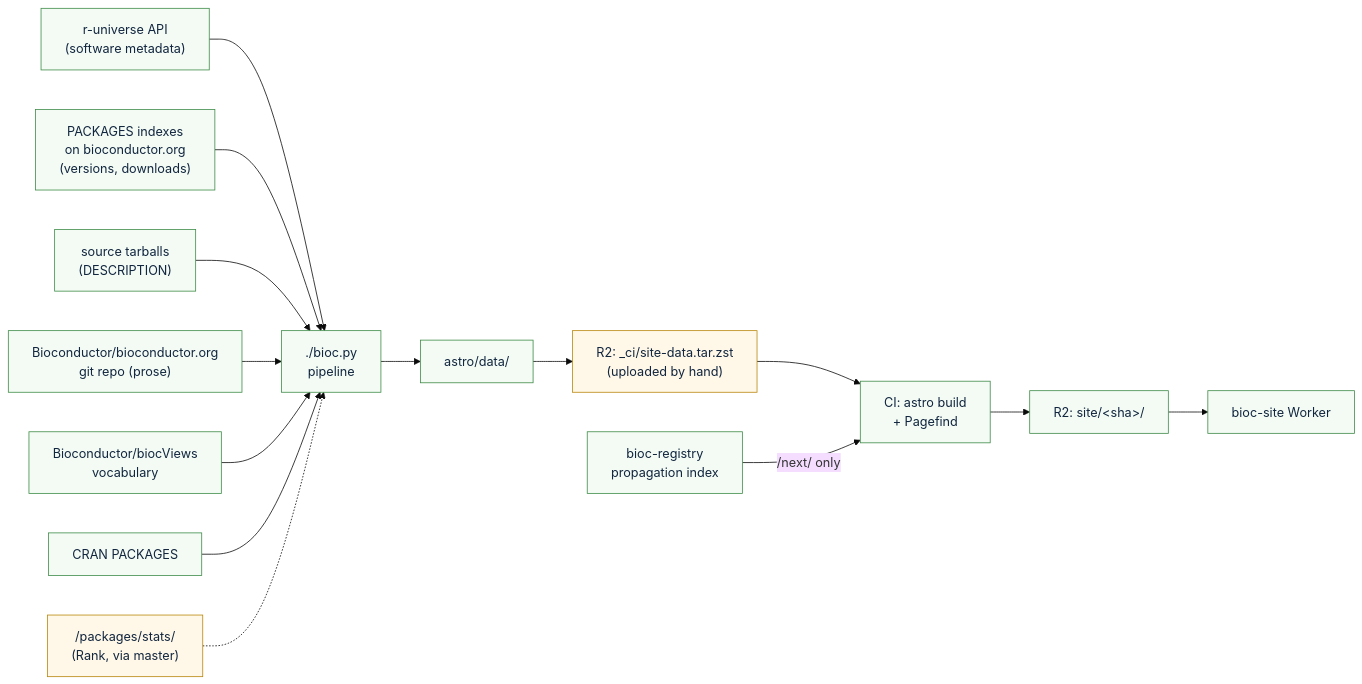
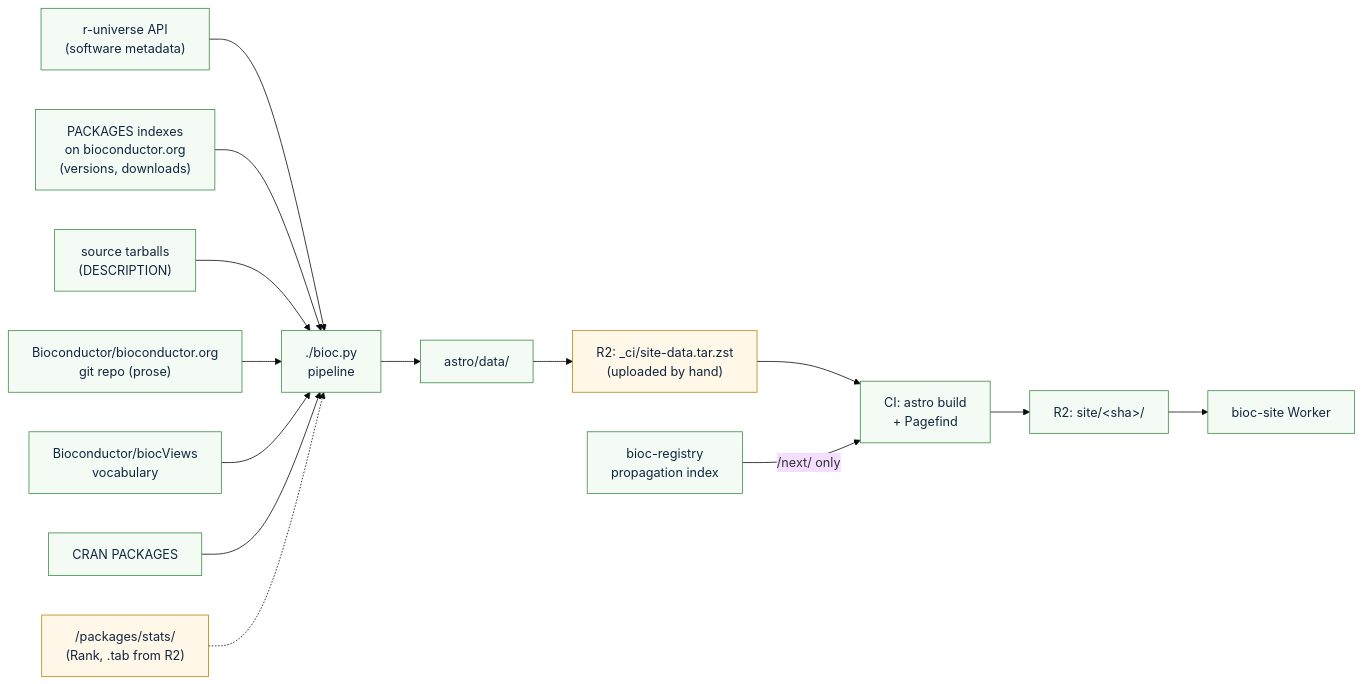
Before and after one commit to seandavi/bioc-infrastructure: the diagram in astro-site-build.qmd, drawn with Mermaid (base theme). The commit also changed other lines of this file and 7 other files, not shown here.

First line of the commit message:
Docs: /packages/stats/ is generated by bioc-traffic and served from R2, no master fallback (#118)

````diff
--- a/astro-site-build.qmd
+++ b/astro-site-build.qmd
@@ -136,21 +136,21 @@
 ```{mermaid}
 flowchart LR
   RU["r-universe API<br/>(software metadata)"] --> P
   PK["PACKAGES indexes<br/>on bioconductor.org<br/>(versions, downloads)"] --> P
   TB["source tarballs<br/>(DESCRIPTION)"] --> P
   GH["Bioconductor/bioconductor.org<br/>git repo (prose)"] --> P
   BV["Bioconductor/biocViews<br/>vocabulary"] --> P
   CR["CRAN PACKAGES"] --> P
-  WS["/packages/stats/<br/>(Rank, via master)"] -.-> P
+  WS["/packages/stats/<br/>(Rank, .tab from R2)"] -.-> P
   P["./bioc.py<br/>pipeline"] --> D["astro/data/"]
   D --> S["R2: _ci/site-data.tar.zst<br/>(uploaded by hand)"]
   S --> A["CI: astro build<br/>+ Pagefind"]
   REG["bioc-registry<br/>propagation index"] -->|/next/ only| A
   A --> O["R2: site/&lt;sha&gt;/"]
   O --> W["bioc-site Worker"]
 
   classDef ok fill:#f3fbf4,stroke:#3d8b47,color:#12263f
   classDef q fill:#fff8e8,stroke:#b8860b,color:#12263f
   class RU,PK,TB,GH,BV,CR,P,D,A,O,W,REG ok
   class WS,S q
 ```
````
